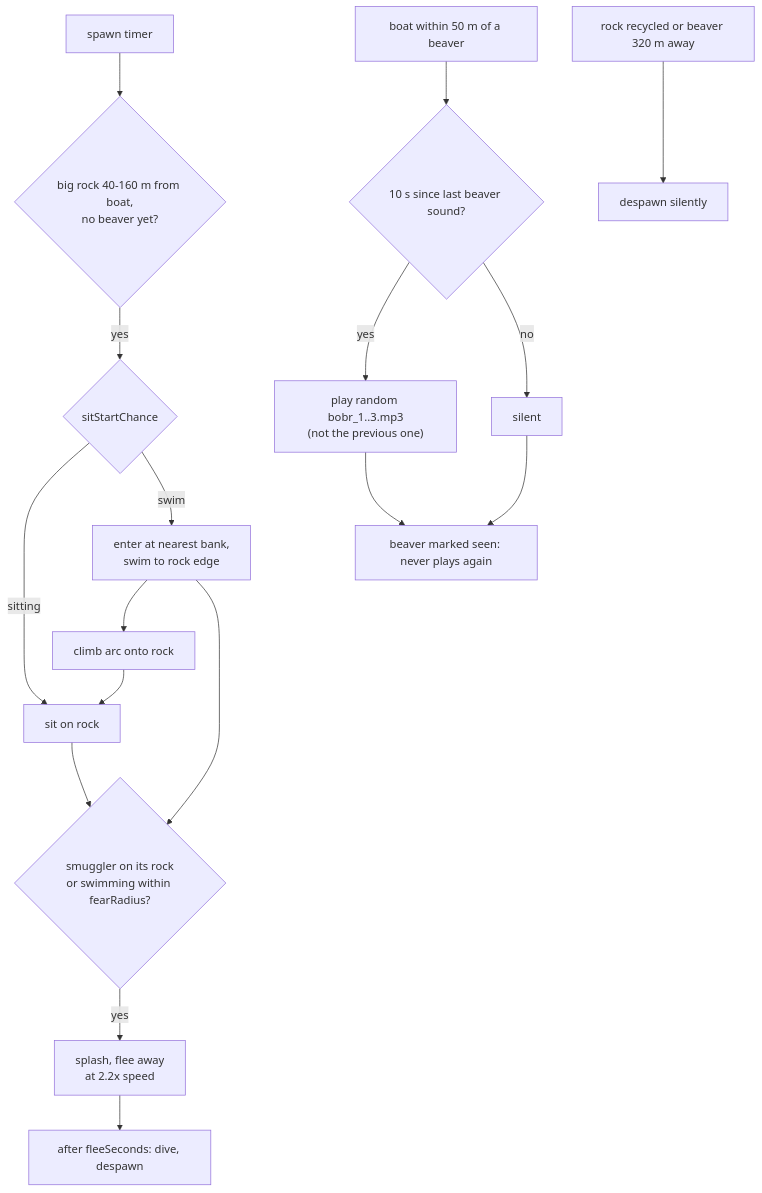
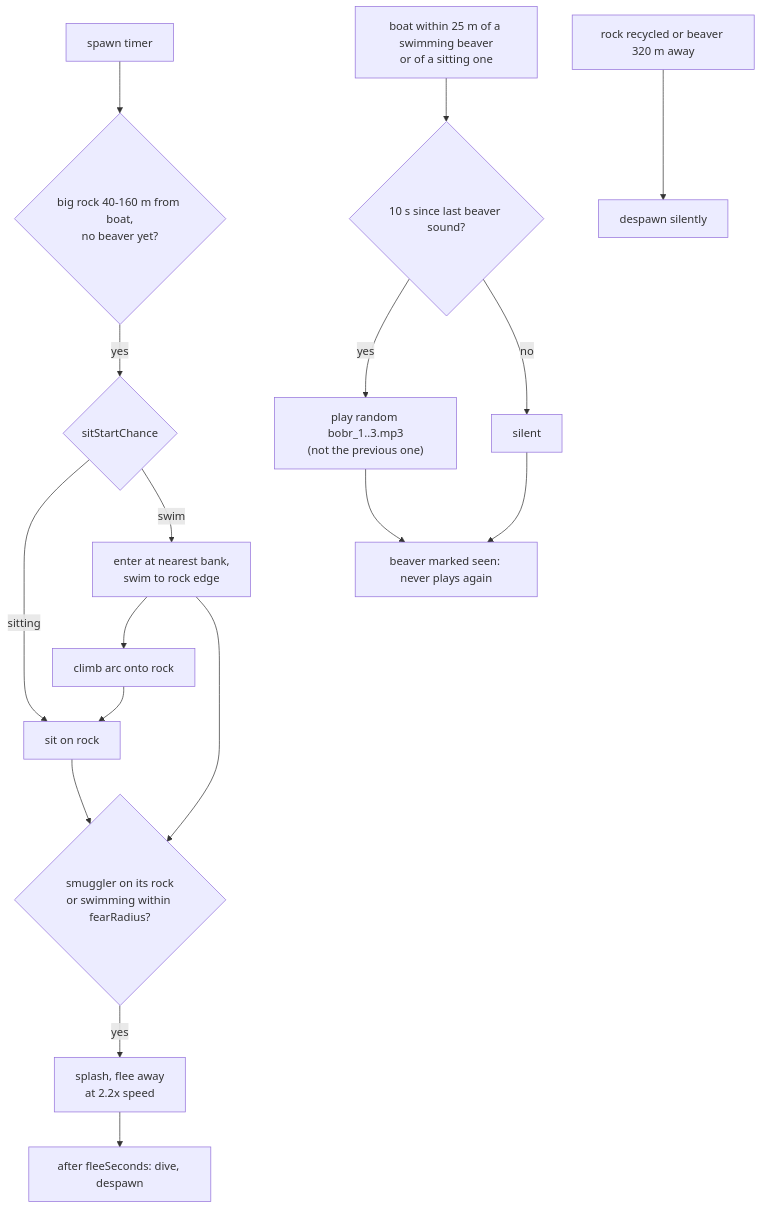
One commit to Protosnake/veslo changed the diagram in docs/features/41-beavers.md. Above: the diagram before and after it, drawn with Mermaid. The commit also changed other lines of this file and 20 other files, not shown here.

````diff
--- a/docs/features/41-beavers.md
+++ b/docs/features/41-beavers.md
@@ -5,18 +5,18 @@
 ```mermaid
 flowchart TD
     A["spawn timer"] --> B{"big rock 40-160 m from boat,<br/>no beaver yet?"}
     B -->|yes| C{"sitStartChance"}
     C -->|sitting| E["sit on rock"]
     C -->|swim| D["enter at nearest bank,<br/>swim to rock edge"]
     D --> F["climb arc onto rock"] --> E
     E --> G{"smuggler on its rock<br/>or swimming within fearRadius?"}
     D --> G
     G -->|yes| H["splash, flee away<br/>at 2.2x speed"]
     H --> I["after fleeSeconds: dive, despawn"]
-    J["boat within 50 m of a beaver"] --> T{"10 s since last beaver sound?"}
+    J["boat within 25 m of a swimming beaver<br/>or of a sitting one"] --> T{"10 s since last beaver sound?"}
     T -->|yes| K["play random bobr_1..3.mp3<br/>(not the previous one)"]
     T -->|no| Q["silent"]
     K --> S["beaver marked seen: never plays again"]
     Q --> S
     L["rock recycled or beaver 320 m away"] --> M["despawn silently"]
 ```
````
